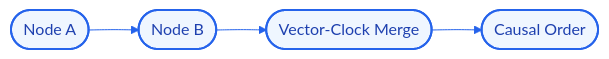
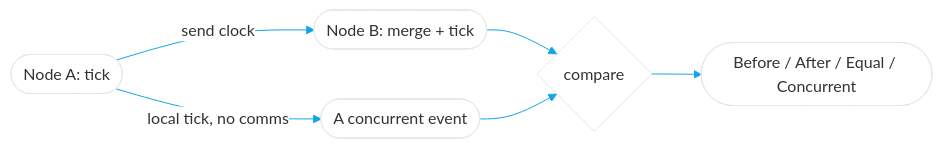
The diagram in docs/ARCHITECTURE.md (Kimosabey/chrono-sync), drawn with Mermaid before and after one commit. The commit also changed other lines of this file and 3 other files, not shown here.

Commit message:
docs: flesh out architecture, getting-started, failure-scenarios, and interview Q&A with real content

````diff
--- a/docs/ARCHITECTURE.md
+++ b/docs/ARCHITECTURE.md
@@ -6,15 +8,9 @@
 ```mermaid
-%%{init: {'theme':'base','themeVariables':{'primaryColor':'#ffffff','lineColor':'#2563eb','mainBkg':'#ffffff'}}}%%
+%%{init: {'theme':'base','themeVariables':{'primaryColor':'#ffffff','lineColor':'#0EA5E9','mainBkg':'#ffffff'}}}%%
 graph LR
-    A([Node A])
-    B([Node B])
-    C([Vector-Clock Merge])
-    D([Causal Order])
-    A --> B
-    B --> C
-    C --> D
-    style A fill:#eff6ff,stroke:#2563eb,stroke-width:2px,color:#1e40af
-    style B fill:#eff6ff,stroke:#2563eb,stroke-width:2px,color:#1e40af
-    style C fill:#eff6ff,stroke:#2563eb,stroke-width:2px,color:#1e40af
-    style D fill:#eff6ff,stroke:#2563eb,stroke-width:2px,color:#1e40af
+    A([Node A: tick]) -->|send clock| B([Node B: merge + tick])
+    A -->|local tick, no comms| A2([A concurrent event])
+    B --> C{compare}
+    A2 --> C
+    C --> D([Before / After / Equal / Concurrent])
 ```
````
